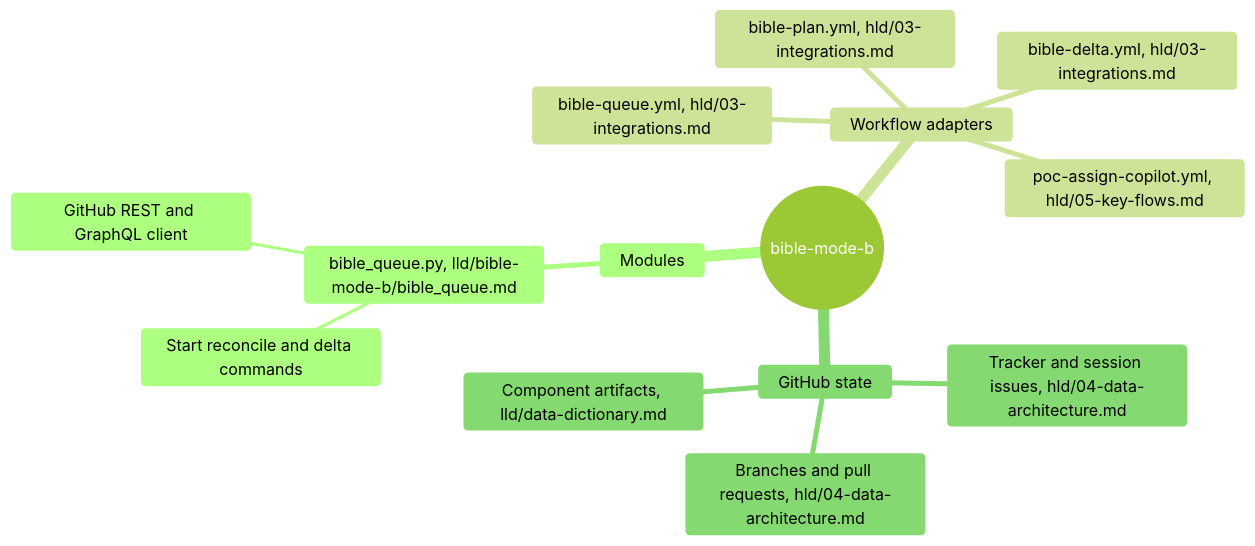
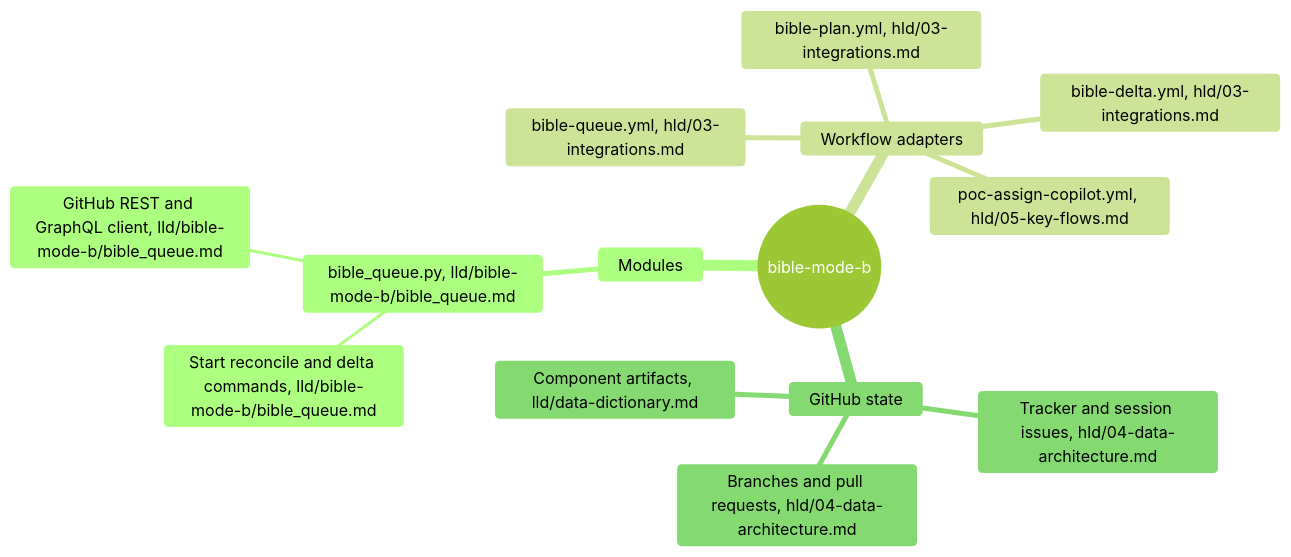
The fourth of 5 diagrams in codebase-analysis/00-mind-map.md (vishalc412/bible-mode-b-test), drawn with Mermaid (forest theme) before and after one commit. The commit also changed other lines of this file and 38 other files, not shown here.

````diff
--- a/codebase-analysis/00-mind-map.md
+++ b/codebase-analysis/00-mind-map.md
@@ -88,17 +88,17 @@
 ```mermaid
 mindmap
   root((bible-mode-b))
     Modules
       bible_queue.py, lld/bible-mode-b/bible_queue.md
-        Start reconcile and delta commands
-        GitHub REST and GraphQL client
+        Start reconcile and delta commands, lld/bible-mode-b/bible_queue.md
+        GitHub REST and GraphQL client, lld/bible-mode-b/bible_queue.md
     Workflow adapters
       bible-plan.yml, hld/03-integrations.md
       bible-queue.yml, hld/03-integrations.md
       bible-delta.yml, hld/03-integrations.md
       poc-assign-copilot.yml, hld/05-key-flows.md
     GitHub state
       Tracker and session issues, hld/04-data-architecture.md
       Branches and pull requests, hld/04-data-architecture.md
       Component artifacts, lld/data-dictionary.md
 ```
````
